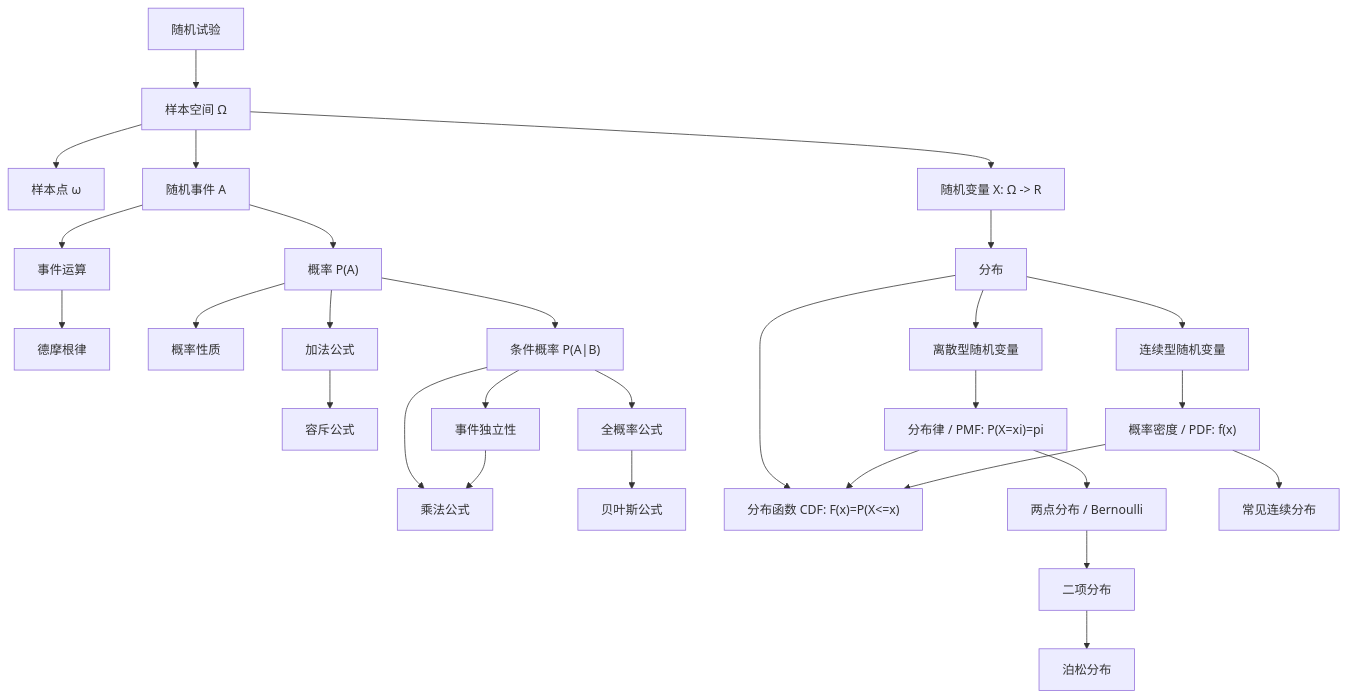
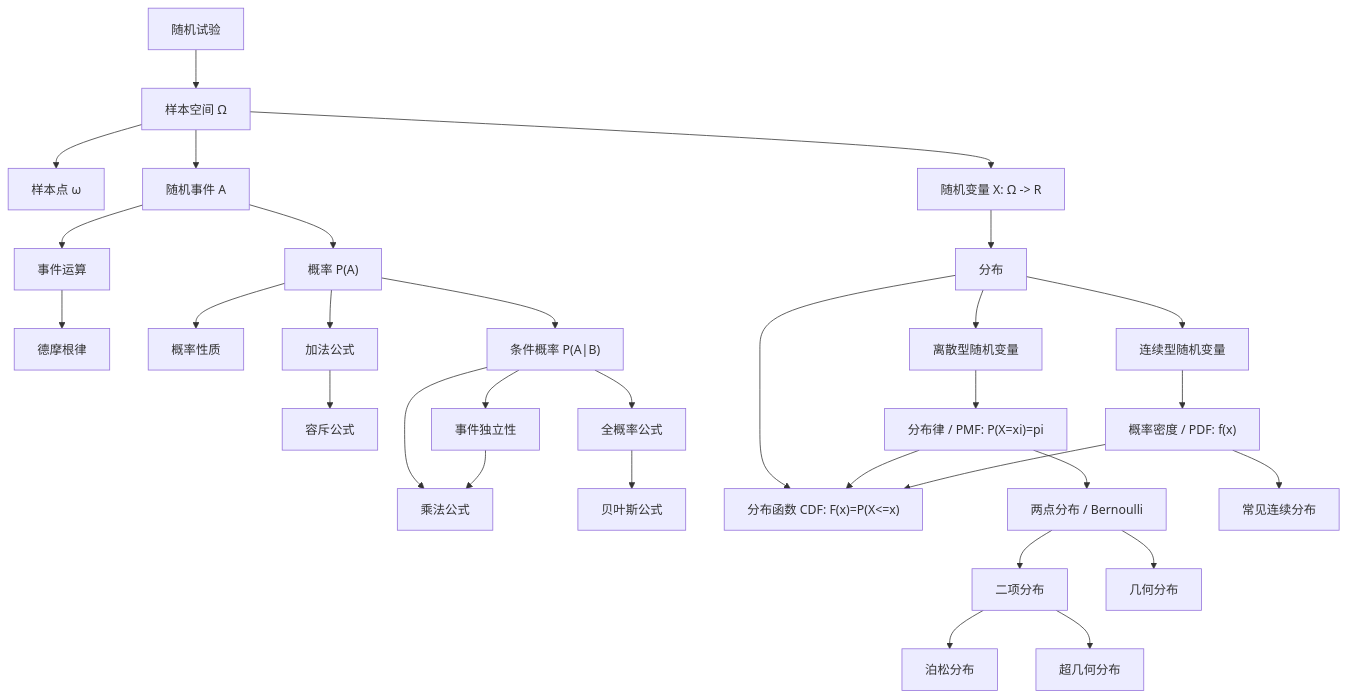
One commit to 3mptywhite/3mptywhite.github.io changed the first of 8 diagrams in math/probability/wiki/concept-map.md. Above: the diagram before and after it, drawn with Mermaid. The commit also changed other lines of this file and 7 other files, not shown here.

````diff
--- a/math/probability/wiki/concept-map.md
+++ b/math/probability/wiki/concept-map.md
@@ -15,34 +15,36 @@
 ```mermaid
 graph TD
   A["随机试验"] --> B["样本空间 Ω"]
   B --> C["样本点 ω"]
   B --> D["随机事件 A"]
   D --> E["事件运算"]
   E --> F["德摩根律"]
   D --> G["概率 P(A)"]
   G --> H["概率性质"]
   G --> I["加法公式"]
   I --> J["容斥公式"]
 
   G --> K["条件概率 P(A|B)"]
   K --> L["乘法公式"]
   K --> M["全概率公式"]
   M --> N["贝叶斯公式"]
   K --> O["事件独立性"]
   O --> L
 
   B --> P["随机变量 X: Ω -> R"]
   P --> Q["分布"]
   Q --> R["分布函数 CDF: F(x)=P(X<=x)"]
   Q --> S["离散型随机变量"]
   S --> T["分布律 / PMF: P(X=xi)=pi"]
   T --> R
   Q --> U["连续型随机变量"]
   U --> V["概率密度 / PDF: f(x)"]
   V --> R
 
   T --> W["两点分布 / Bernoulli"]
   W --> X["二项分布"]
   X --> Y["泊松分布"]
-  V --> Z["常见连续分布"]
+  X --> Z["超几何分布"]
+  W --> AB["几何分布"]
+  V --> AA["常见连续分布"]
 ```
````
